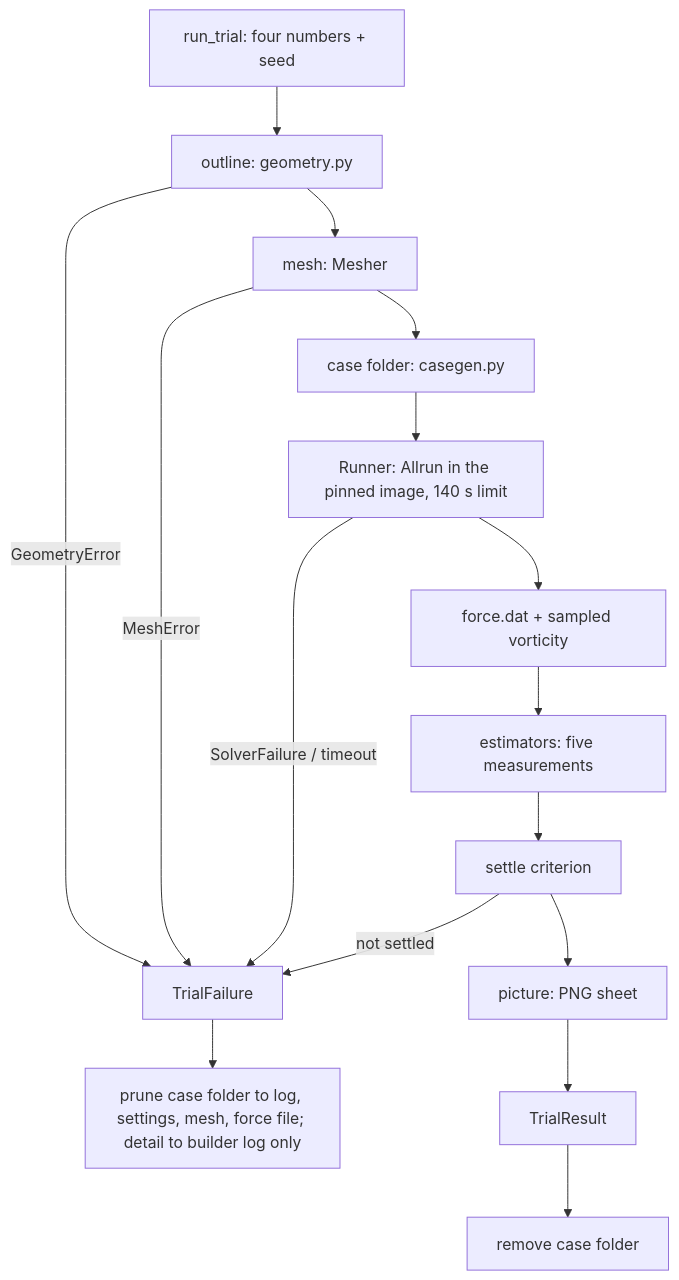
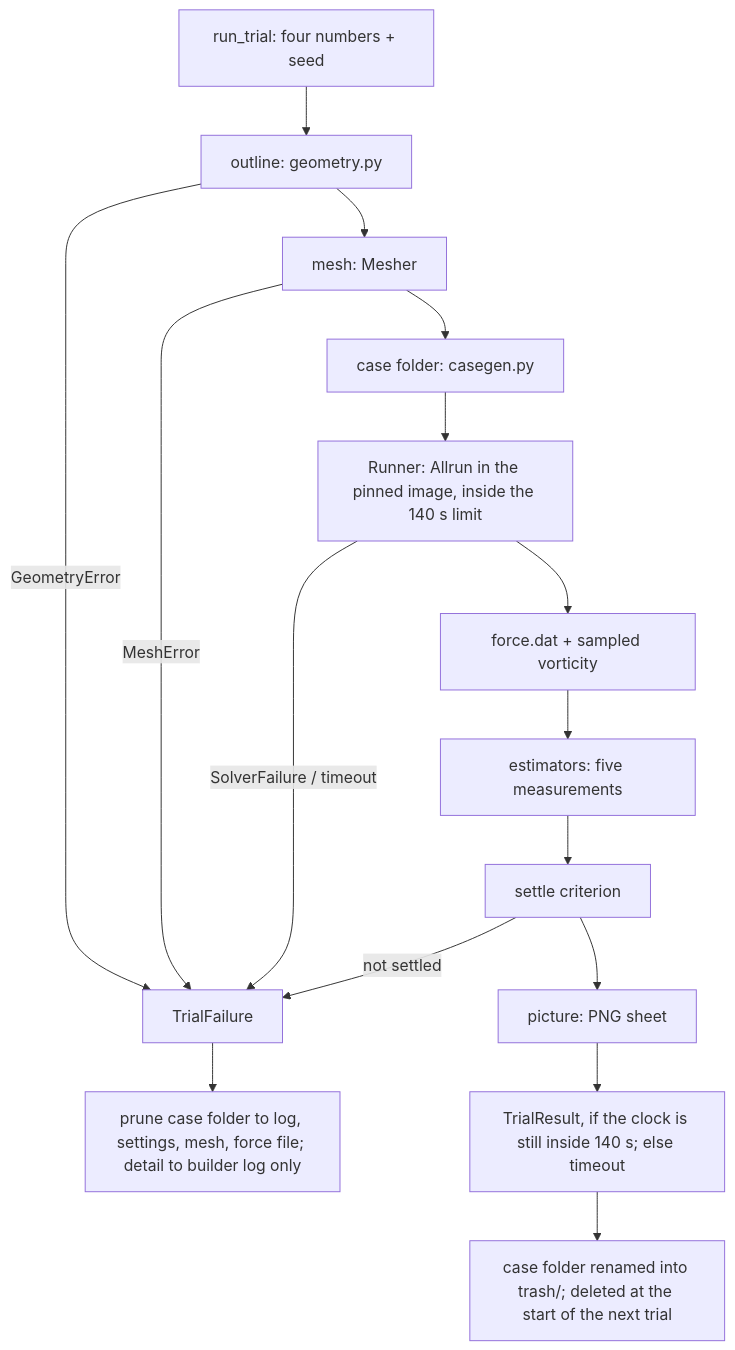
Before and after one commit to marcosanyo/dr-kiro-lab-notebook: the diagram in .kiro/specs/wind-tunnel/design.md, drawn with Mermaid. The commit also changed other lines of this file and 1 other file, not shown here.

Commit message:
wind-tunnel spec: limit scope, deferred deletion and reduced output (decisions 21, 22, 32, 33)

````diff
--- a/.kiro/specs/wind-tunnel/design.md
+++ b/.kiro/specs/wind-tunnel/design.md
@@ -84,18 +84,18 @@
 ```mermaid
 flowchart TD
     A[run_trial: four numbers + seed] --> B[outline: geometry.py]
     B -->|GeometryError| F[TrialFailure]
     B --> C[mesh: Mesher]
     C -->|MeshError| F
     C --> D[case folder: casegen.py]
-    D --> E[Runner: Allrun in the pinned image, 140 s limit]
+    D --> E[Runner: Allrun in the pinned image, inside the 140 s limit]
     E -->|SolverFailure / timeout| F
     E --> G[force.dat + sampled vorticity]
     G --> H[estimators: five measurements]
     H --> I[settle criterion]
     I -->|not settled| F
     I --> J[picture: PNG sheet]
-    J --> K[TrialResult]
+    J --> K[TrialResult, if the clock is still inside 140 s; else timeout]
     F --> L[prune case folder to log, settings, mesh, force file; detail to builder log only]
-    K --> M[remove case folder]
+    K --> M[case folder renamed into trash/; deleted at the start of the next trial]
 ```
````
